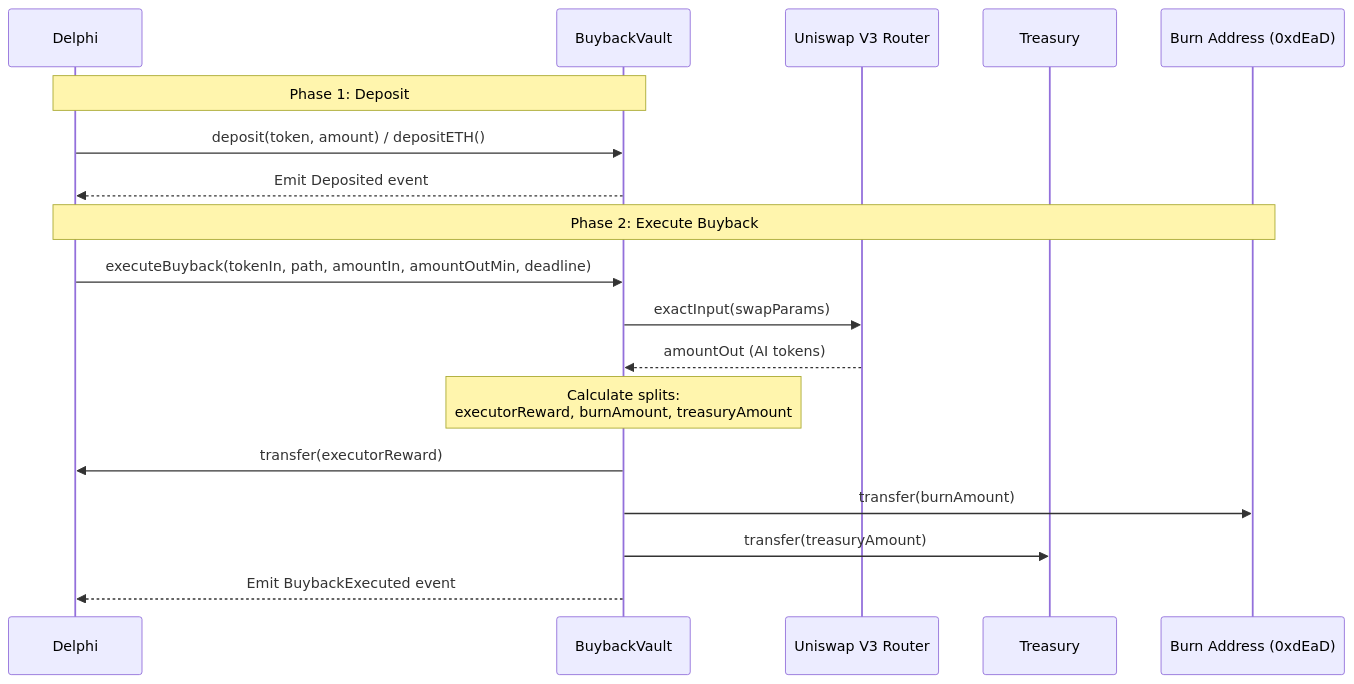
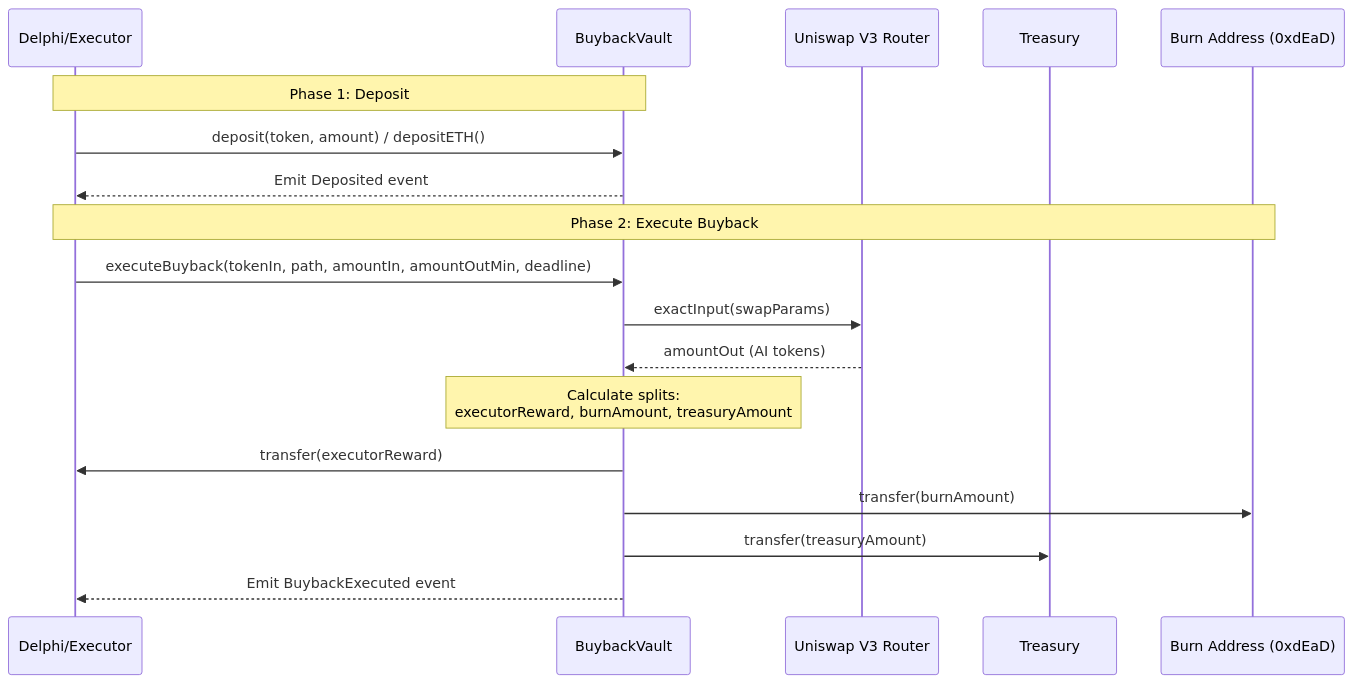
One commit to gensyn-network/gensyn-buyback changed the first of 8 diagrams in docs/DESIGN.md. Above: the diagram before and after it, drawn with Mermaid.

Commit message:
doc: executor/delphi as actor

````diff
--- a/docs/DESIGN.md
+++ b/docs/DESIGN.md
@@ -9,24 +9,24 @@
 ```mermaid
 sequenceDiagram
-    participant User as Delphi
+    participant User as Delphi/Executor
     participant Vault as BuybackVault
     participant UniV3 as Uniswap V3 Router
     participant Treasury
     participant Burn as Burn Address (0xdEaD)
 
     Note over User,Vault: Phase 1: Deposit
     User->>Vault: deposit(token, amount) / depositETH()
     Vault-->>User: Emit Deposited event
 
     Note over User,Burn: Phase 2: Execute Buyback
     User->>Vault: executeBuyback(tokenIn, path, amountIn, amountOutMin, deadline)
     Vault->>UniV3: exactInput(swapParams)
     UniV3-->>Vault: amountOut (AI tokens)
     
     Note over Vault: Calculate splits:<br/>executorReward, burnAmount, treasuryAmount
     
     Vault->>User: transfer(executorReward)
     Vault->>Burn: transfer(burnAmount)
     Vault->>Treasury: transfer(treasuryAmount)
     Vault-->>User: Emit BuybackExecuted event
 ```
````
